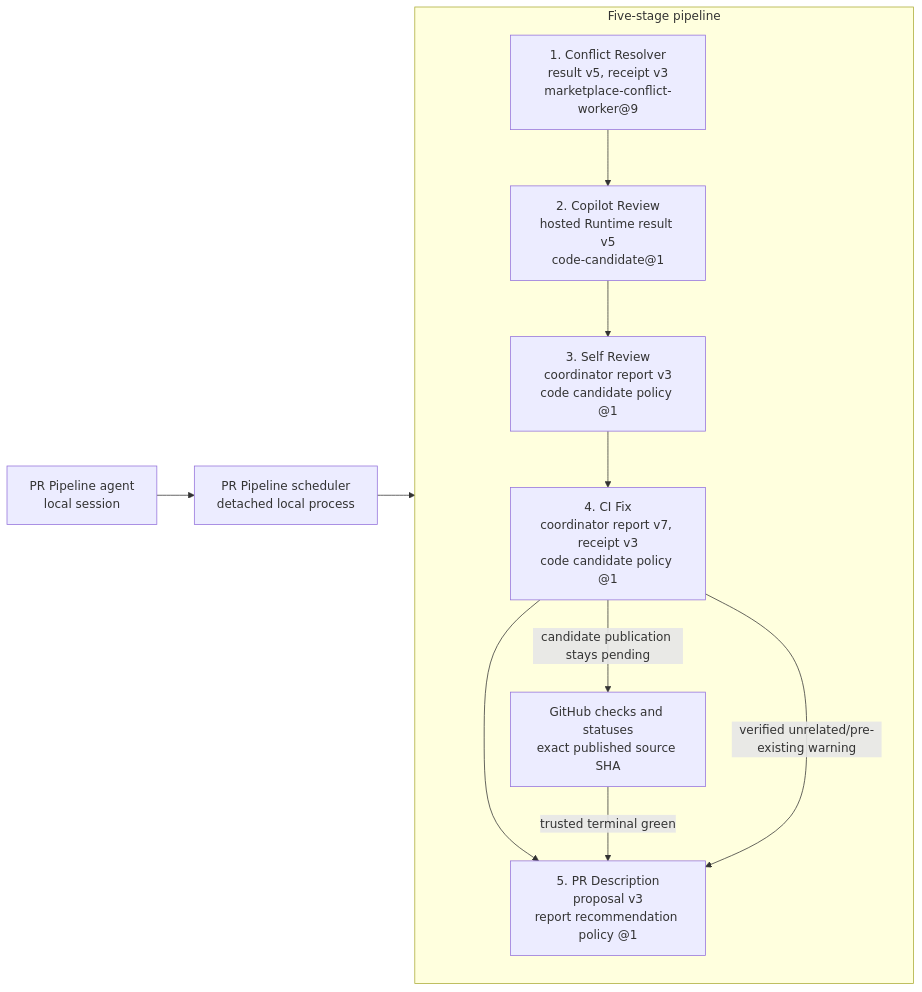
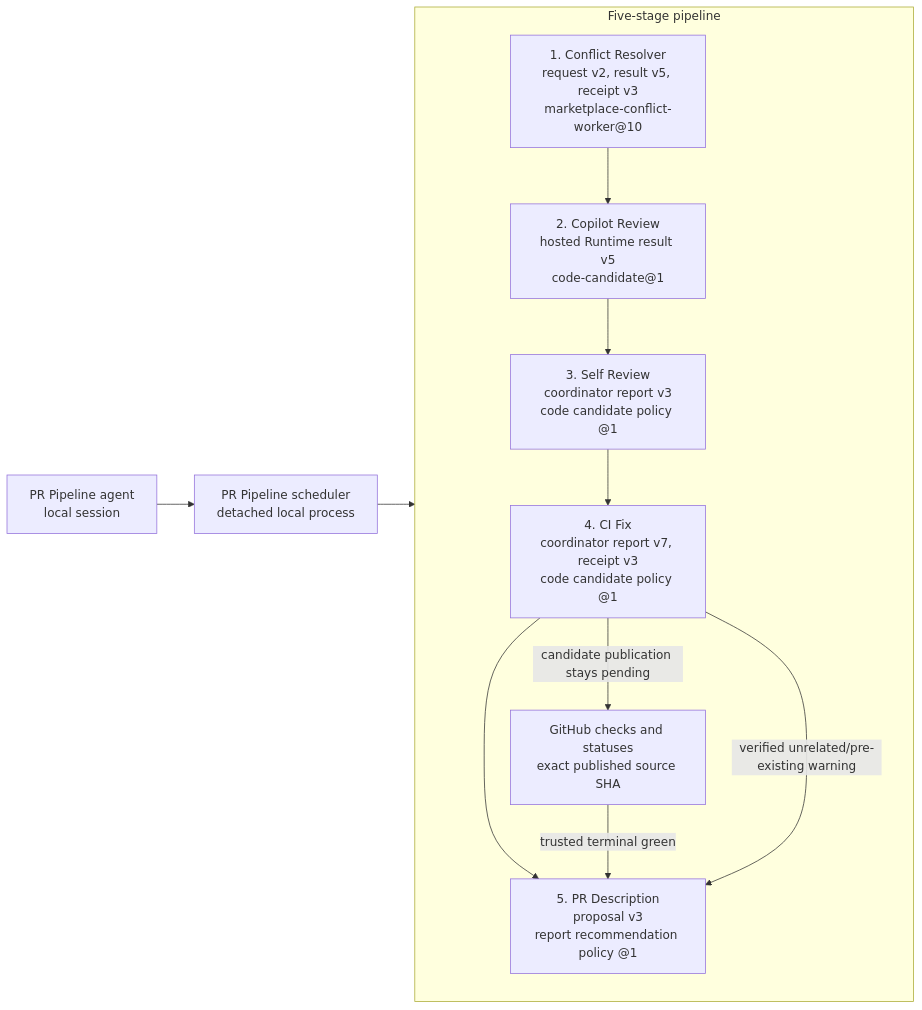
The diagram in plugins/pr-pipeline/README.md (trask/copilot-plugins), drawn with Mermaid before and after one commit. The commit also changed other lines of this file and 54 other files, not shown here.

````diff
--- a/plugins/pr-pipeline/README.md
+++ b/plugins/pr-pipeline/README.md
@@ -5,23 +5,23 @@
 ```mermaid
 flowchart LR
     agent["PR Pipeline agent<br/>local session"]
     scheduler["PR Pipeline scheduler<br/>detached local process"]
     agent --> scheduler
 
     subgraph pipeline["Five-stage pipeline"]
         direction TB
-        conflict["1. Conflict Resolver<br/>result v5, receipt v3<br/>marketplace-conflict-worker@9"]
+        conflict["1. Conflict Resolver<br/>request v2, result v5, receipt v3<br/>marketplace-conflict-worker@10"]
         copilotReview["2. Copilot Review<br/>hosted Runtime result v5<br/>code-candidate@1"]
         selfReview["3. Self Review<br/>coordinator report v3<br/>code candidate policy @1"]
         ci["4. CI Fix<br/>coordinator report v7, receipt v3<br/>code candidate policy @1"]
         description["5. PR Description<br/>proposal v3<br/>report recommendation policy @1"]
         checks["GitHub checks and statuses<br/>exact published source SHA"]
 
         conflict --> copilotReview --> selfReview --> ci --> description
         ci -->|"candidate publication stays pending"| checks
         checks -->|"trusted terminal green"| description
         ci -->|"verified unrelated/pre-existing warning"| description
     end
 
     scheduler --> conflict
 ```
````
